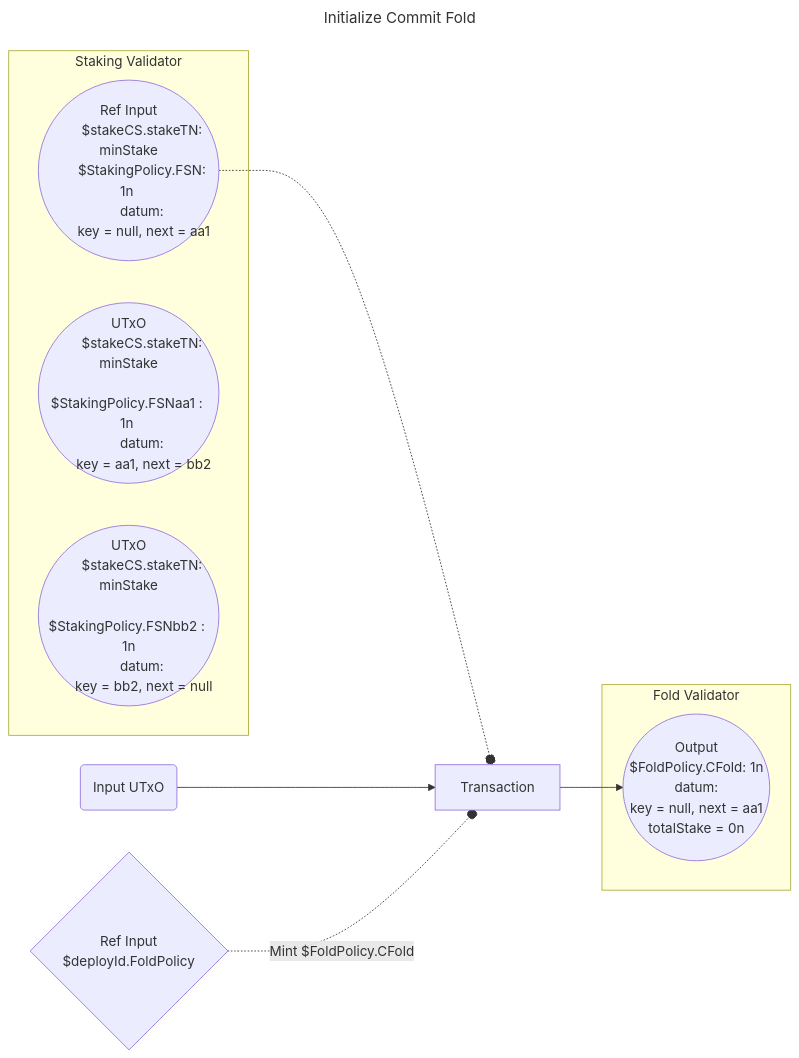
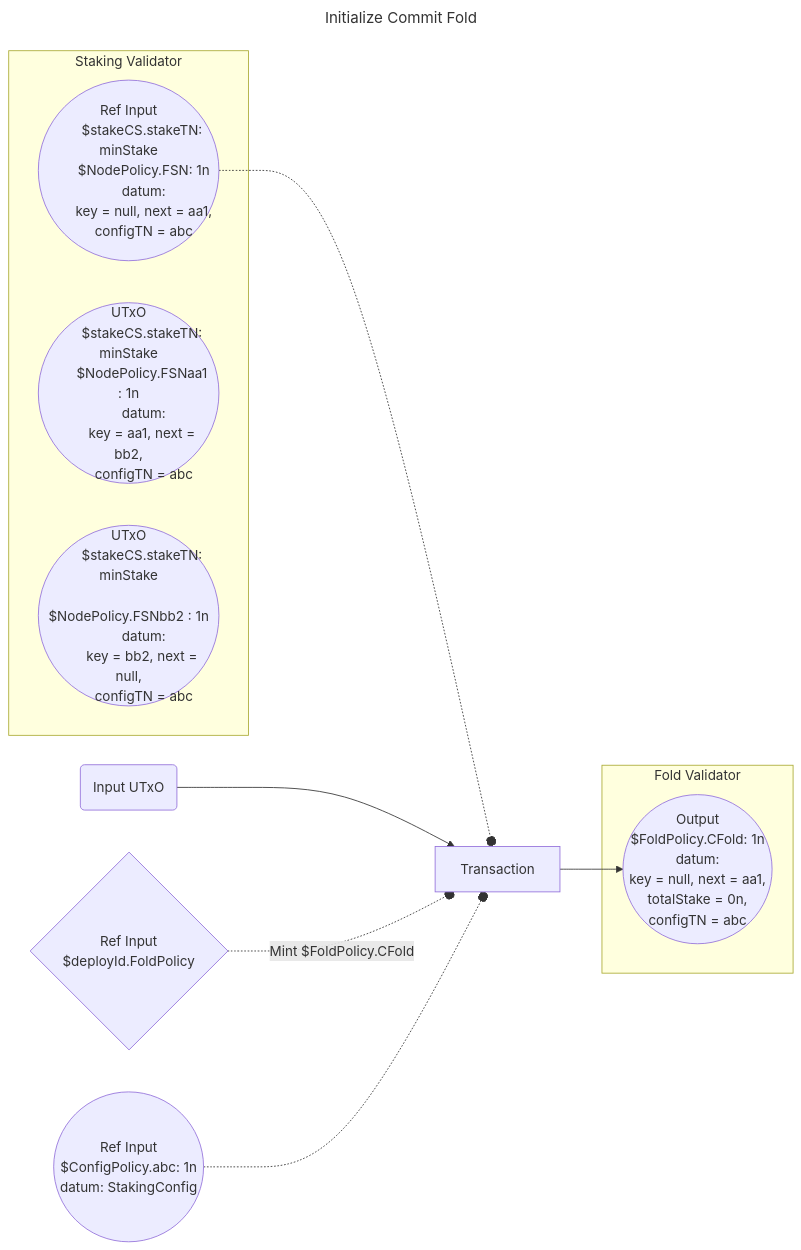
The sixth of 9 diagrams in README.md (Anastasia-Labs/single-asset-staking-offchain), drawn with Mermaid before and after one commit. The commit also changed other lines of this file, not shown here.

````diff
--- a/README.md
+++ b/README.md
@@ -229,38 +249,45 @@
 ```mermaid
 ---
 title: Initialize Commit Fold
 ---
 graph LR
     I1(Input UTxO)
     TX[ Transaction ]
     subgraph Staking Validator
     N1(("Ref Input
         $stakeCS.stakeTN: minStake
-        $StakingPolicy.FSN: 1n 
-        datum: 
-        key = null, next = aa1 "))
+        $NodePolicy.FSN: 1n
+        datum:
+        key = null, next = aa1,
+        configTN = abc "))
     N2(("UTxO
         $stakeCS.stakeTN: minStake
-        $StakingPolicy.FSNaa1 : 1n 
-        datum: 
-        key = aa1, next = bb2 "))
+        $NodePolicy.FSNaa1 : 1n
+        datum:
+        key = aa1, next = bb2,
+        configTN = abc "))
     N3(("UTxO
         $stakeCS.stakeTN: minStake
-        $StakingPolicy.FSNbb2 : 1n
-        datum: 
-        key = bb2, next = null "))
+        $NodePolicy.FSNbb2 : 1n
+        datum:
+        key = bb2, next = null,
+        configTN = abc "))
     end
     subgraph Fold Validator
     O1(("Output
-        $FoldPolicy.CFold: 1n 
+        $FoldPolicy.CFold: 1n
         datum:
-        key = null, next = aa1
-        totalStake = 0n
+        key = null, next = aa1,
+        totalStake = 0n,
+        configTN = abc
         "))
     end
     N1 -.-o TX
     I1 --> TX
     MP{"Ref Input
       $deployId.FoldPolicy"}  -.-o|Mint $FoldPolicy.CFold| TX
     TX --> O1
+    R1(("Ref Input
+        $ConfigPolicy.abc: 1n
+        datum: StakingConfig")) -.-o TX
 ```
````
